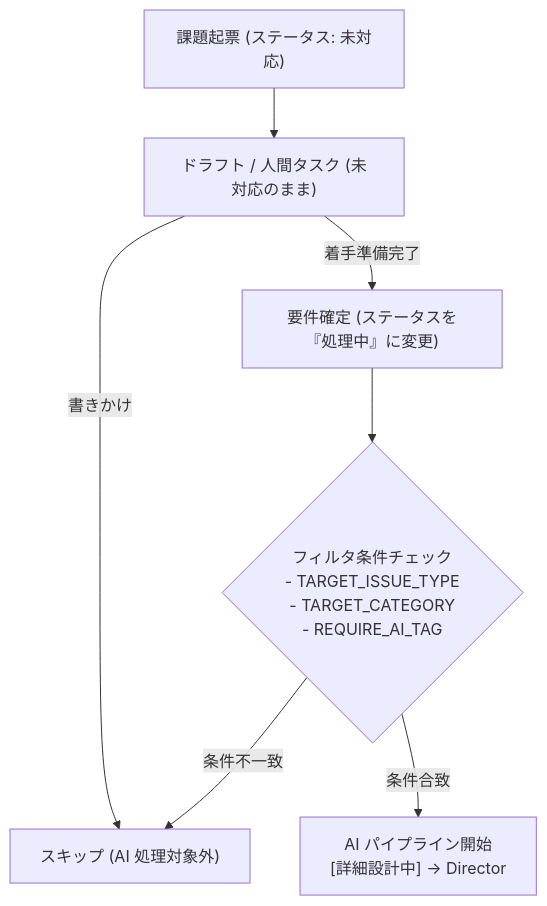
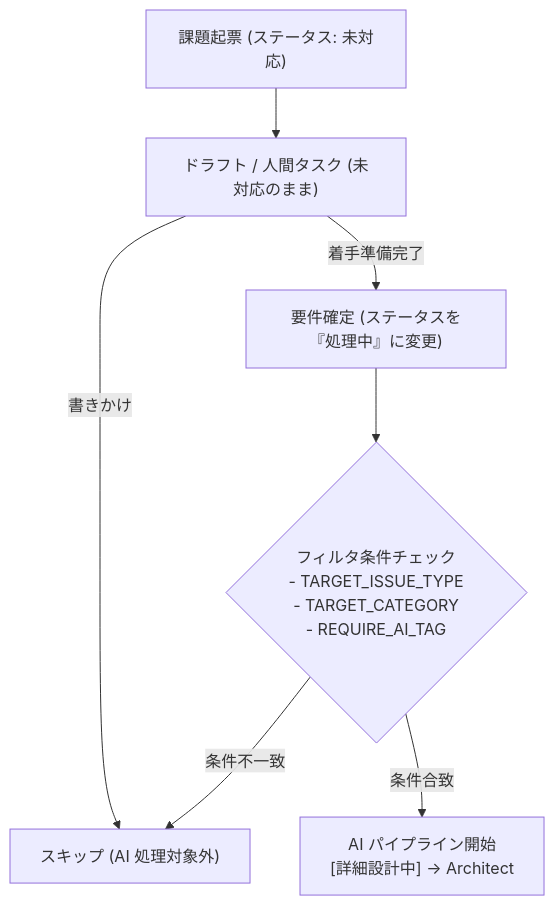
One commit to oharato/aidevflow changed the fifth of 5 diagrams in docs/architecture.md. Above: the diagram before and after it, drawn with Mermaid. The commit also changed other lines of this file and 15 other files, not shown here.

Commit message:
refactor: rename agent roles to architect, tech-lead, developer, code-reviewer, qa

````diff
--- a/docs/architecture.md
+++ b/docs/architecture.md
@@ -348,18 +348,18 @@
 ```mermaid
 flowchart TD
     Create["課題起票 (ステータス: 未対応)"]
     Draft["ドラフト / 人間タスク (未対応のまま)"]
     Ready["要件確定 (ステータスを『処理中』に変更)"]
     
     FilterCheck{"フィルタ条件チェック\n- TARGET_ISSUE_TYPE\n- TARGET_CATEGORY\n- REQUIRE_AI_TAG"}
     
     Ignore["スキップ (AI 処理対象外)"]
-    Dispatch["AI パイプライン開始\n[詳細設計中] -> Director"]
+    Dispatch["AI パイプライン開始\n[詳細設計中] -> Architect"]
 
     Create --> Draft
     Draft -->|"書きかけ"| Ignore
     Draft -->|"着手準備完了"| Ready
     Ready --> FilterCheck
     FilterCheck -->|"条件不一致"| Ignore
     FilterCheck -->|"条件合致"| Dispatch
 ```
````
